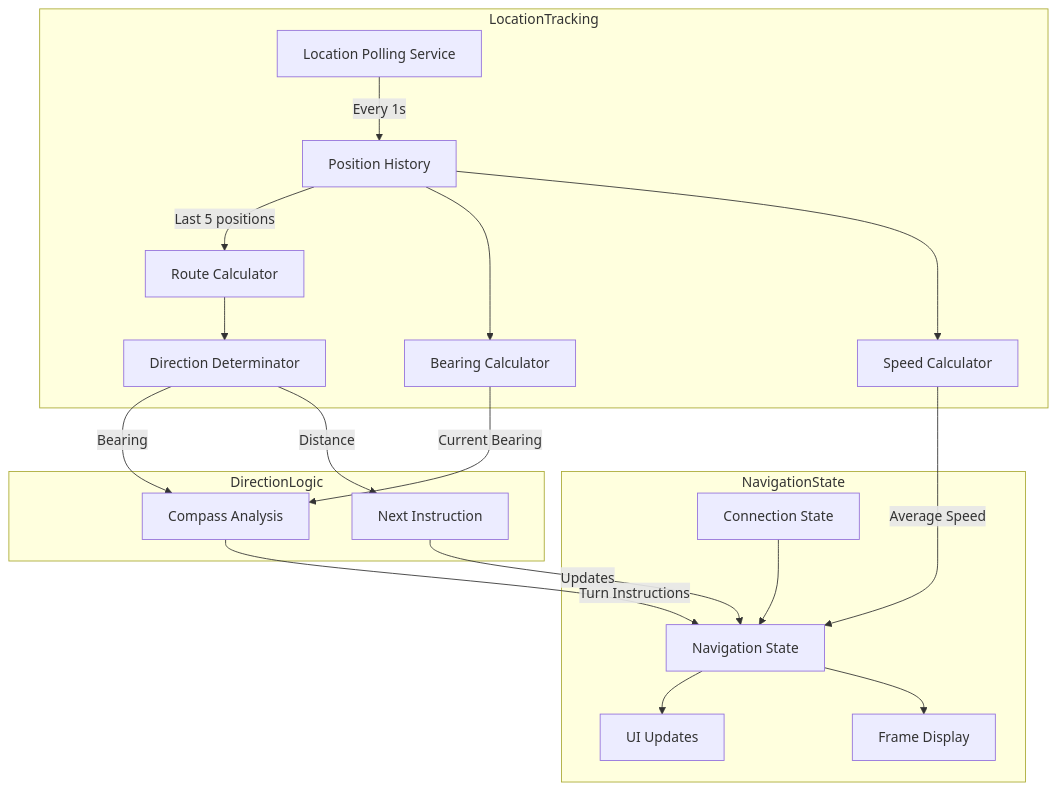
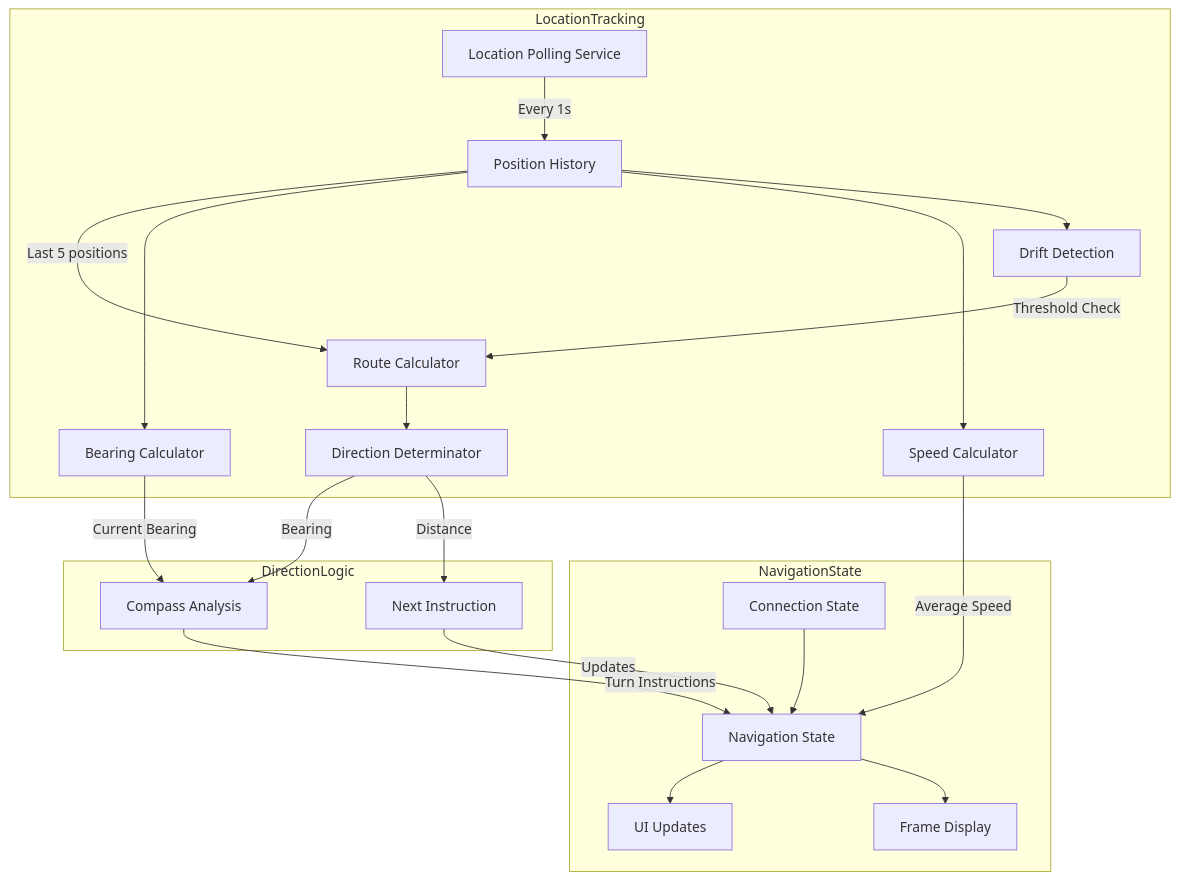
The fourth of 7 diagrams in memory-bank/systemPatterns.md (WatsonMLDev/Frame-Navigation-App), drawn with Mermaid before and after one commit. The commit also changed other lines of this file and 5 other files, not shown here.

````diff
--- a/memory-bank/systemPatterns.md
+++ b/memory-bank/systemPatterns.md
@@ -46,25 +48,27 @@
 ```mermaid
 flowchart TD
     subgraph LocationTracking
         LP[Location Polling Service] -->|Every 1s| PH[Position History]
         PH -->|Last 5 positions| RC[Route Calculator]
         RC --> DD[Direction Determinator]
         PH --> BC[Bearing Calculator]
         PH --> SC[Speed Calculator]
+        PH --> DR[Drift Detection]
+        DR -->|Threshold Check| RC
     end
 
     subgraph NavigationState
         CS[Connection State] --> NS[Navigation State]
         NS --> UI[UI Updates]
         NS --> FD[Frame Display]
     end
 
     subgraph DirectionLogic
         DD -->|Bearing| CA[Compass Analysis]
         CA -->|Turn Instructions| NS
         DD -->|Distance| NI[Next Instruction]
         NI -->|Updates| NS
         BC -->|Current Bearing| CA
         SC -->|Average Speed| NS
     end
 ```
````
